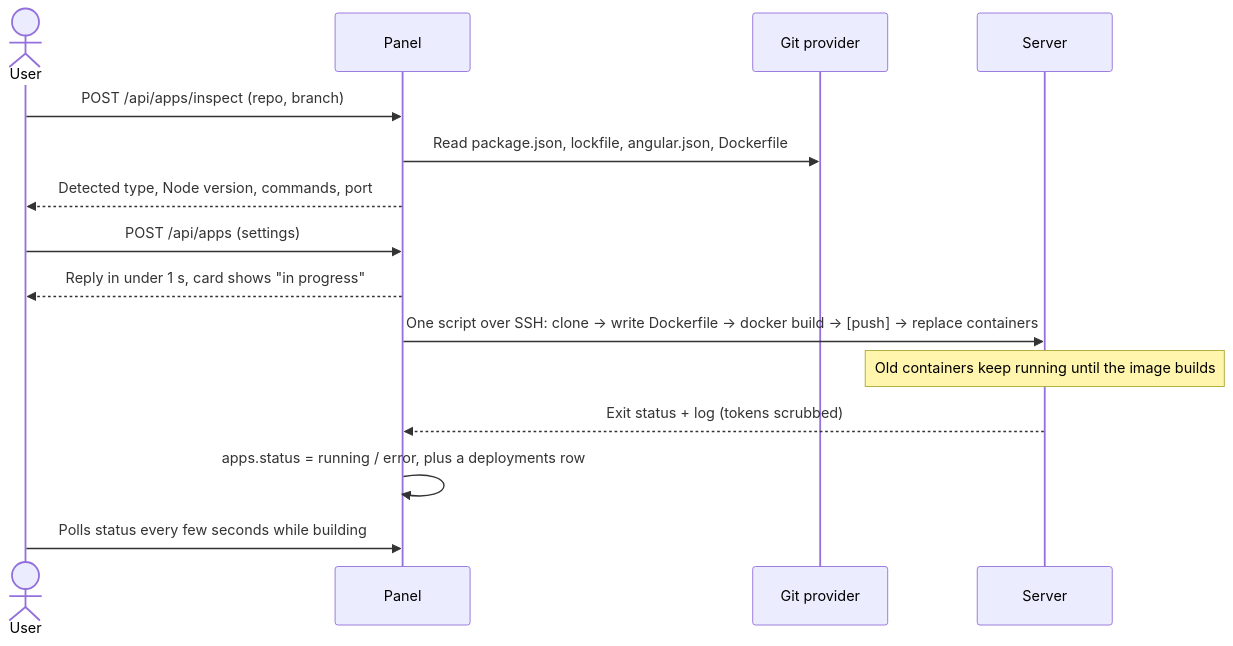
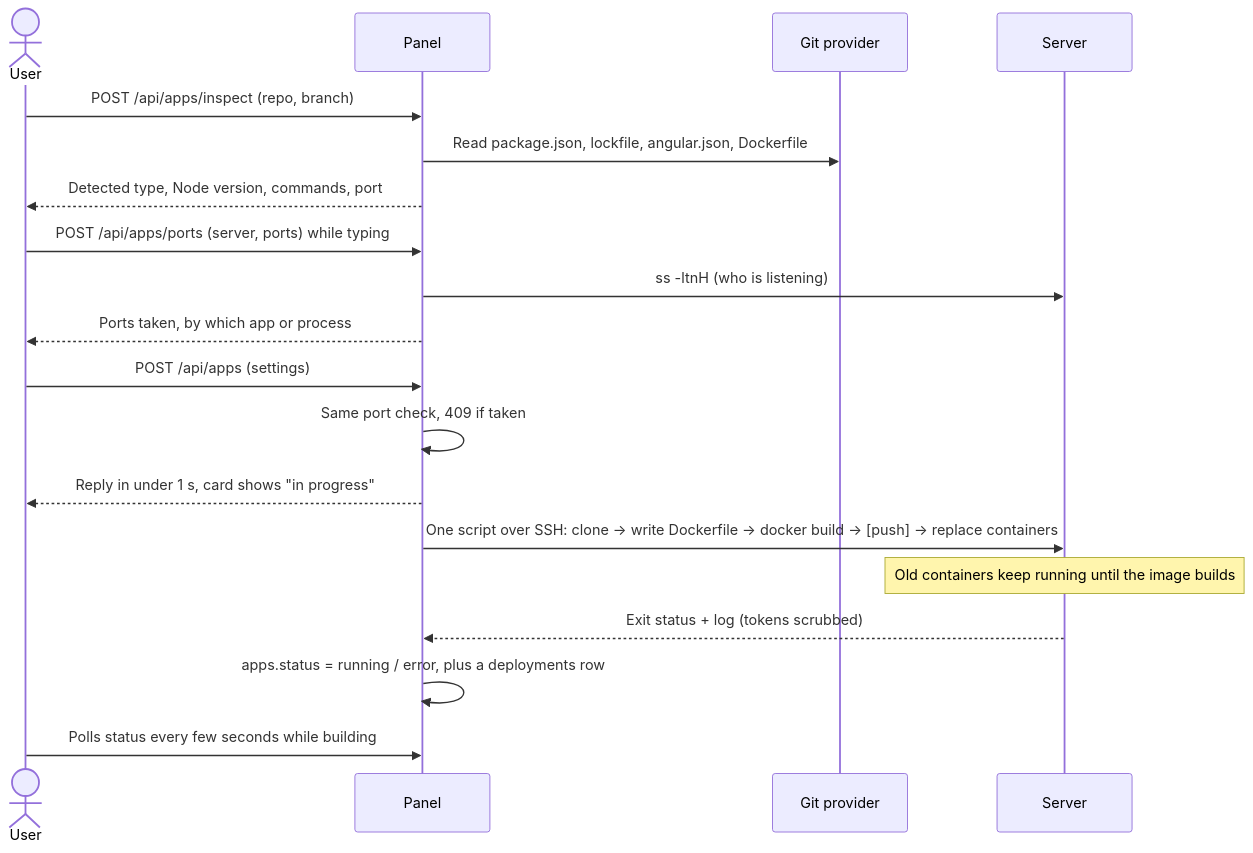
One commit to ajay123-aj/aj-pilot changed the fifth of 6 diagrams in docs/03-system-design.md. Above: the diagram before and after it, drawn with Mermaid. The commit also changed 12 other files, not shown here.

````diff
--- a/docs/03-system-design.md
+++ b/docs/03-system-design.md
@@ -157,17 +157,21 @@
 ```mermaid
 sequenceDiagram
   actor U as User
   participant P as Panel
   participant G as Git provider
   participant S as Server
   U->>P: POST /api/apps/inspect (repo, branch)
   P->>G: Read package.json, lockfile, angular.json, Dockerfile
   P-->>U: Detected type, Node version, commands, port
+  U->>P: POST /api/apps/ports (server, ports) while typing
+  P->>S: ss -ltnH (who is listening)
+  P-->>U: Ports taken, by which app or process
   U->>P: POST /api/apps (settings)
+  P->>P: Same port check, 409 if taken
   P-->>U: Reply in under 1 s, card shows "in progress"
   P->>S: One script over SSH: clone → write Dockerfile → docker build → [push] → replace containers
   Note over S: Old containers keep running until the image builds
   S-->>P: Exit status + log (tokens scrubbed)
   P->>P: apps.status = running / error, plus a deployments row
   U->>P: Polls status every few seconds while building
 ```
````
